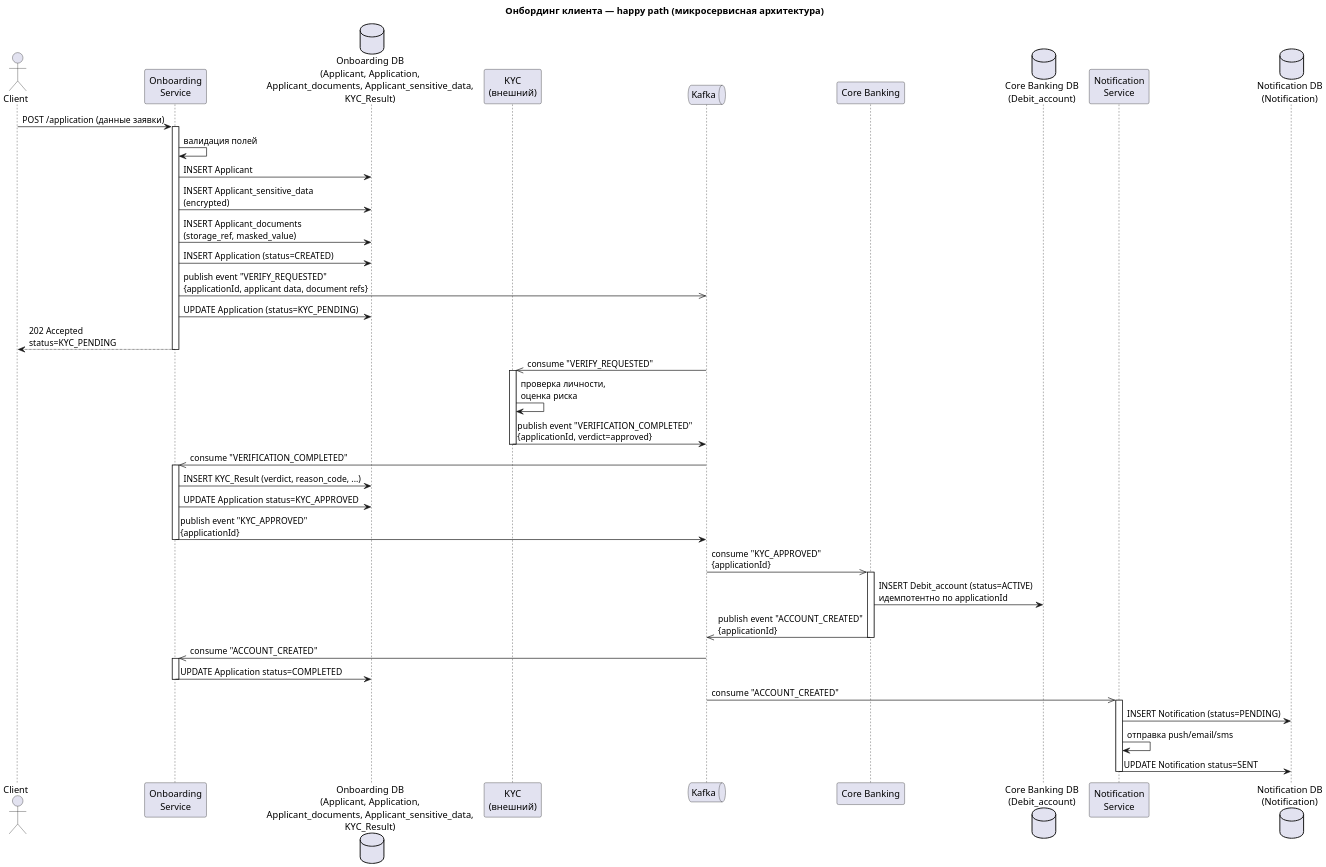
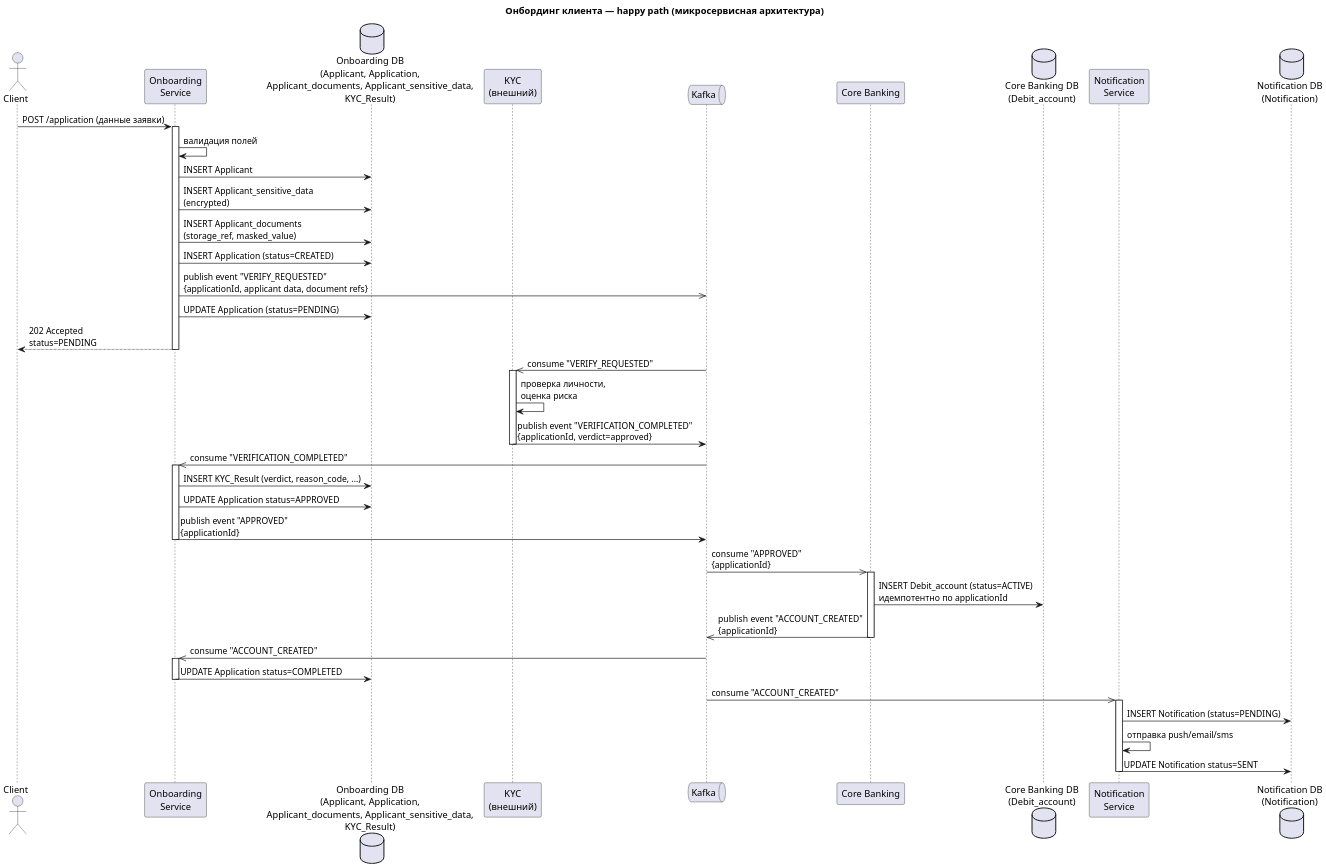
Before and after one commit to PulyaIvan/digital-client-onboarding: the diagram in diagrams/sequence/Диаграмма последовательно онбординг клиента (happy path).puml, drawn with PlantUML. The commit also changed 17 other files, not shown here.

First line of the commit message:
feat: обновление спецификации OpenAPI и схемы базы данных для онбординга клиентов

```diff
--- a/diagrams/sequence/Диаграмма последовательно онбординг клиента (happy path).puml
+++ b/diagrams/sequence/Диаграмма последовательно онбординг клиента (happy path).puml
@@ -1,58 +1,58 @@
 @startuml Онбординг клиента (happy path, database-per-service)
 title Онбординг клиента — happy path (микросервисная архитектура)
 scale 2
 
 actor Client as cl
 participant "Onboarding\nService" as svc
 database "Onboarding DB\n(Applicant, Application,\nApplicant_documents, Applicant_sensitive_data,\nKYC_Result)" as db_svc
 participant "KYC\n(внешний)" as kyc
 queue "Kafka" as bm
 participant "Core Banking" as bk
 database "Core Banking DB\n(Debit_account)" as db_bk
 participant "Notification\nService" as ns
 database "Notification DB\n(Notification)" as db_ns
 
 cl -> svc: POST /application (данные заявки)
 activate svc
 svc -> svc: валидация полей
 svc -> db_svc: INSERT Applicant
 svc -> db_svc: INSERT Applicant_sensitive_data\n(encrypted)
 svc -> db_svc: INSERT Applicant_documents\n(storage_ref, masked_value)
 svc -> db_svc: INSERT Application (status=CREATED)
 svc ->> bm: publish event "VERIFY_REQUESTED"\n{applicationId, applicant data, document refs}
-svc -> db_svc: UPDATE Application (status=KYC_PENDING)
-svc --> cl: 202 Accepted\nstatus=KYC_PENDING
+svc -> db_svc: UPDATE Application (status=PENDING)
+svc --> cl: 202 Accepted\nstatus=PENDING
 deactivate svc
 
 bm ->> kyc: consume "VERIFY_REQUESTED"
 activate kyc
 kyc -> kyc: проверка личности,\nоценка риска
 kyc -> bm: publish event "VERIFICATION_COMPLETED"\n{applicationId, verdict=approved}
 deactivate kyc
 
 bm ->> svc: consume "VERIFICATION_COMPLETED"
 activate svc
 svc -> db_svc: INSERT KYC_Result (verdict, reason_code, ...)
-svc -> db_svc: UPDATE Application status=KYC_APPROVED
-svc -> bm: publish event "KYC_APPROVED"\n{applicationId}
+svc -> db_svc: UPDATE Application status=APPROVED
+svc -> bm: publish event "APPROVED"\n{applicationId}
 deactivate svc
 
-bm ->> bk: consume "KYC_APPROVED"\n{applicationId}
+bm ->> bk: consume "APPROVED"\n{applicationId}
 activate bk
 bk -> db_bk: INSERT Debit_account (status=ACTIVE)\nидемпотентно по applicationId
 bk ->> bm: publish event "ACCOUNT_CREATED"\n{applicationId}
 deactivate bk
 
 bm ->> svc: consume "ACCOUNT_CREATED"
 activate svc
 svc -> db_svc: UPDATE Application status=COMPLETED
 deactivate svc
 
 bm ->> ns: consume "ACCOUNT_CREATED"
 activate ns
 ns -> db_ns: INSERT Notification (status=PENDING)
 ns -> ns: отправка push/email/sms
 ns -> db_ns: UPDATE Notification status=SENT
 deactivate ns
 
 @enduml
```
